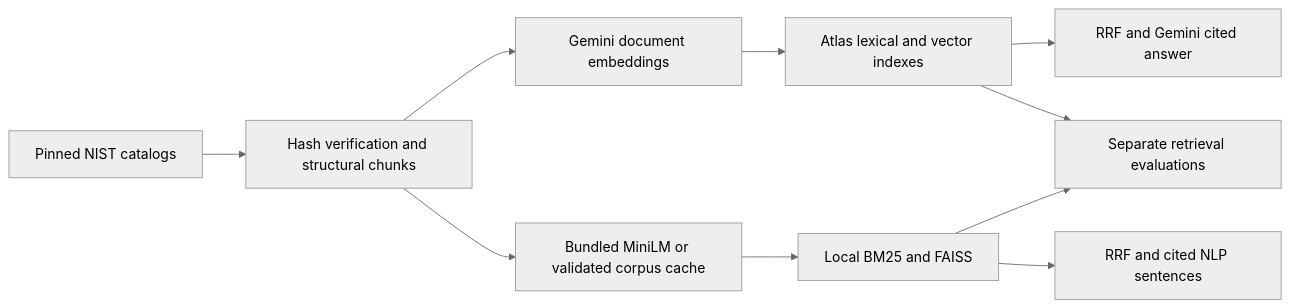
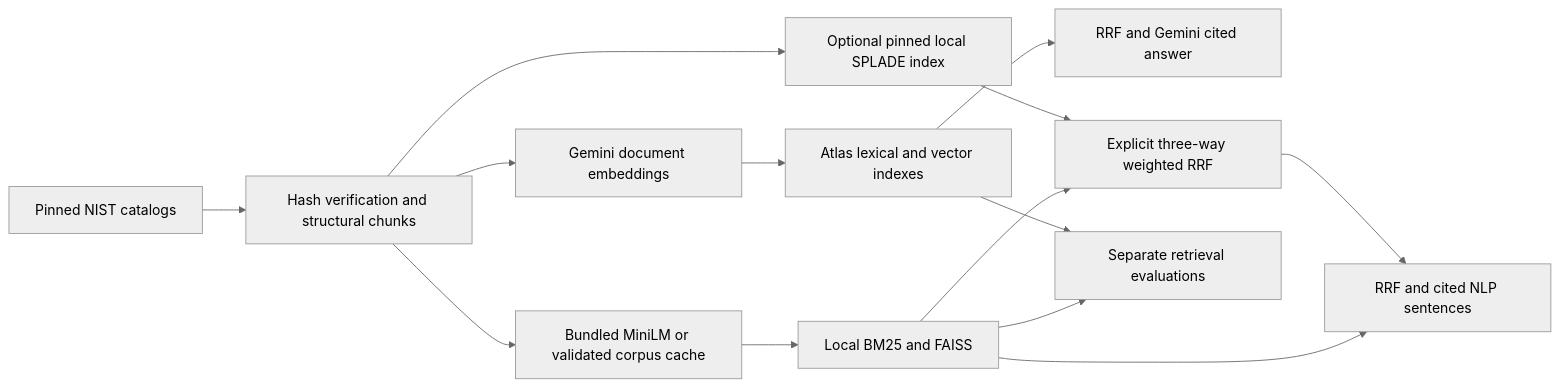
The diagram in docs/README.md (yethu-KL29/blended-rag-retrieval), drawn with Mermaid (neutral theme) before and after one commit. The commit also changed other lines of this file and 19 other files, not shown here.

First line of the commit message:
feat(rag): add local SPLADE retrieval

````diff
--- a/docs/README.md
+++ b/docs/README.md
@@ -5,12 +7,16 @@
 ```mermaid
 flowchart LR
   N[Pinned NIST catalogs] --> P[Hash verification and structural chunks]
   P --> G[Gemini document embeddings]
   G --> A[Atlas lexical and vector indexes]
   A --> E[RRF and Gemini cited answer]
   P --> M[Bundled MiniLM or validated corpus cache]
   M --> F[Local BM25 and FAISS]
+  P --> S[Optional pinned local SPLADE index]
+  S --> B[Explicit three-way weighted RRF]
+  F --> B
+  B --> L
   F --> L[RRF and cited NLP sentences]
   A --> V[Separate retrieval evaluations]
   F --> V
 ```
````
